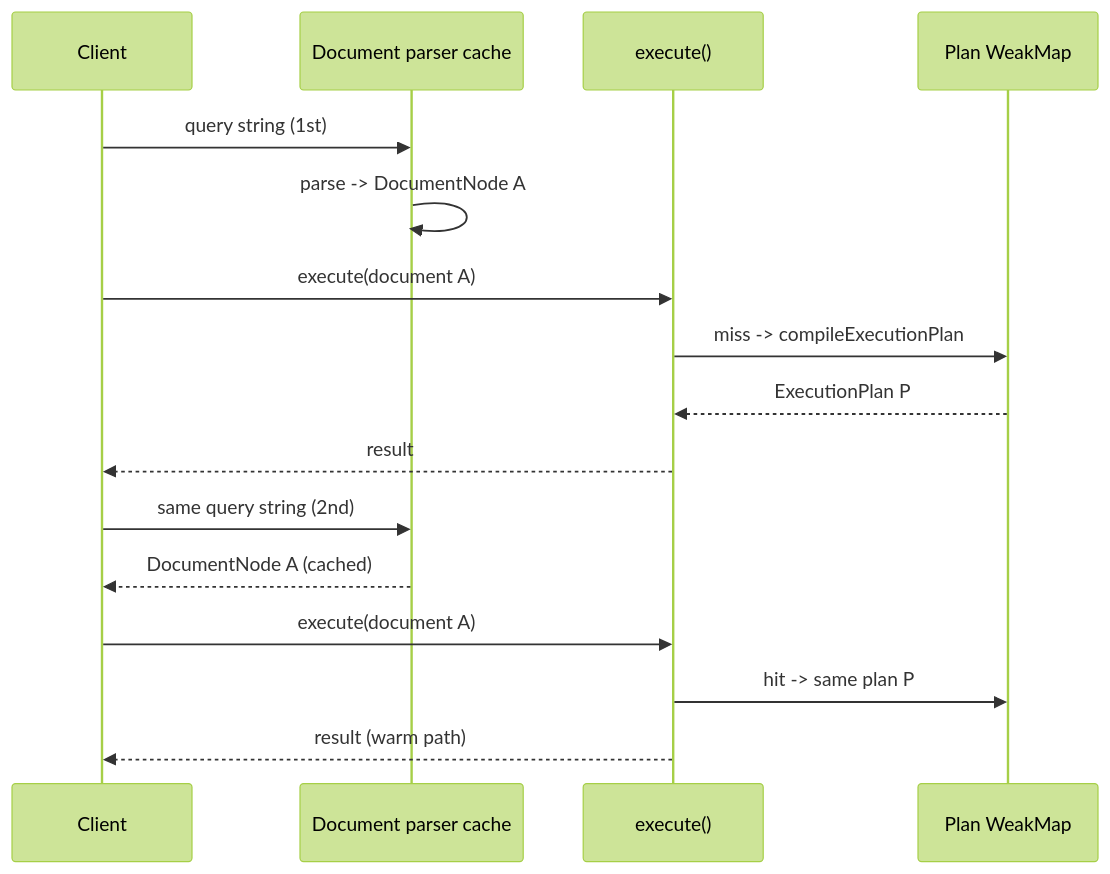
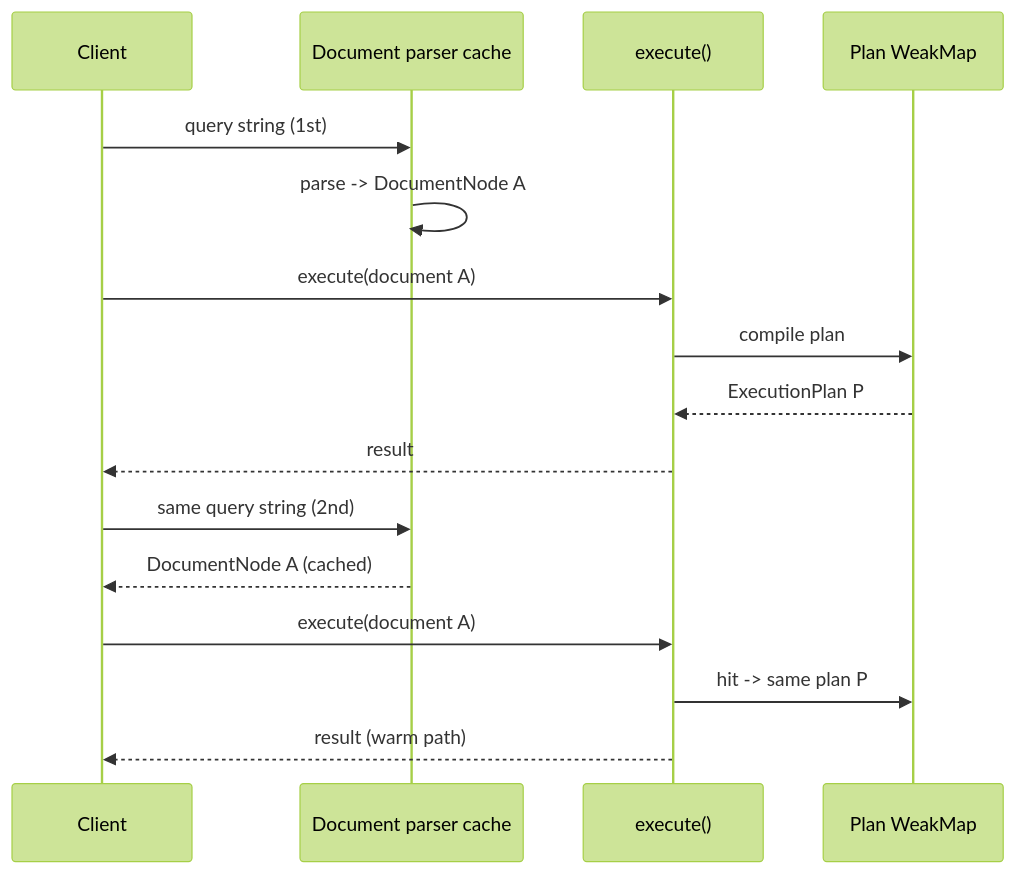
The second of 2 diagrams in website/src/content/execution-plan.mdx (ardatan/graphql-tools), drawn with Mermaid (forest theme) before and after one commit. The commit also changed other lines of this file and 12 other files, not shown here.

First line of the commit message:
fix(executor): always-on planned execute, drop public plan APIs

````diff
--- a/website/src/content/execution-plan.mdx
+++ b/website/src/content/execution-plan.mdx
@@ -61,20 +59,20 @@
 ```mermaid
 sequenceDiagram
   participant Client
   participant ParserCache as Document parser cache
   participant Execute as execute()
   participant PlanCache as Plan WeakMap
 
   Client->>ParserCache: query string (1st)
   ParserCache->>ParserCache: parse -> DocumentNode A
   Client->>Execute: execute(document A)
-  Execute->>PlanCache: miss -> compileExecutionPlan
+  Execute->>PlanCache: compile plan
   PlanCache-->>Execute: ExecutionPlan P
   Execute-->>Client: result
 
   Client->>ParserCache: same query string (2nd)
   ParserCache-->>Client: DocumentNode A (cached)
   Client->>Execute: execute(document A)
   Execute->>PlanCache: hit -> same plan P
   Execute-->>Client: result (warm path)
 ```
````
